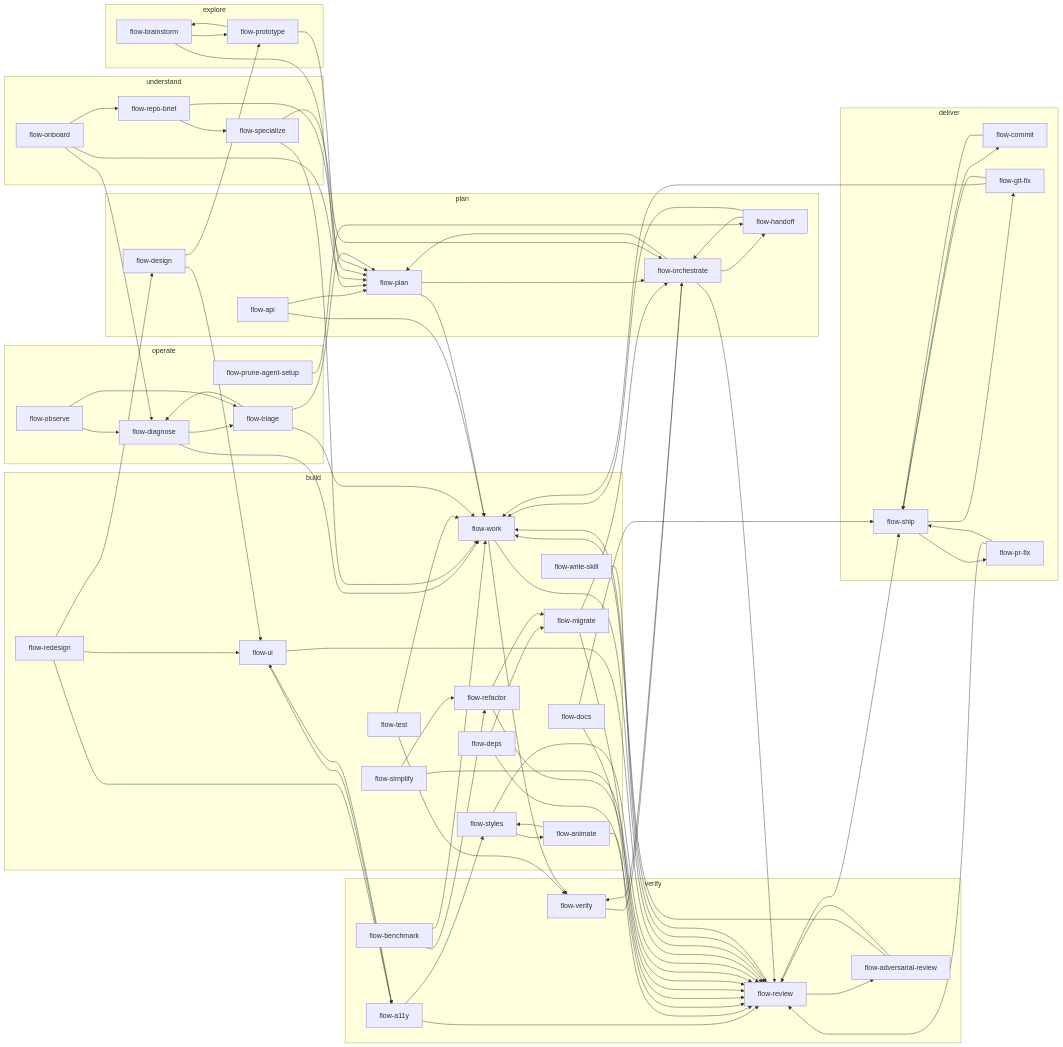
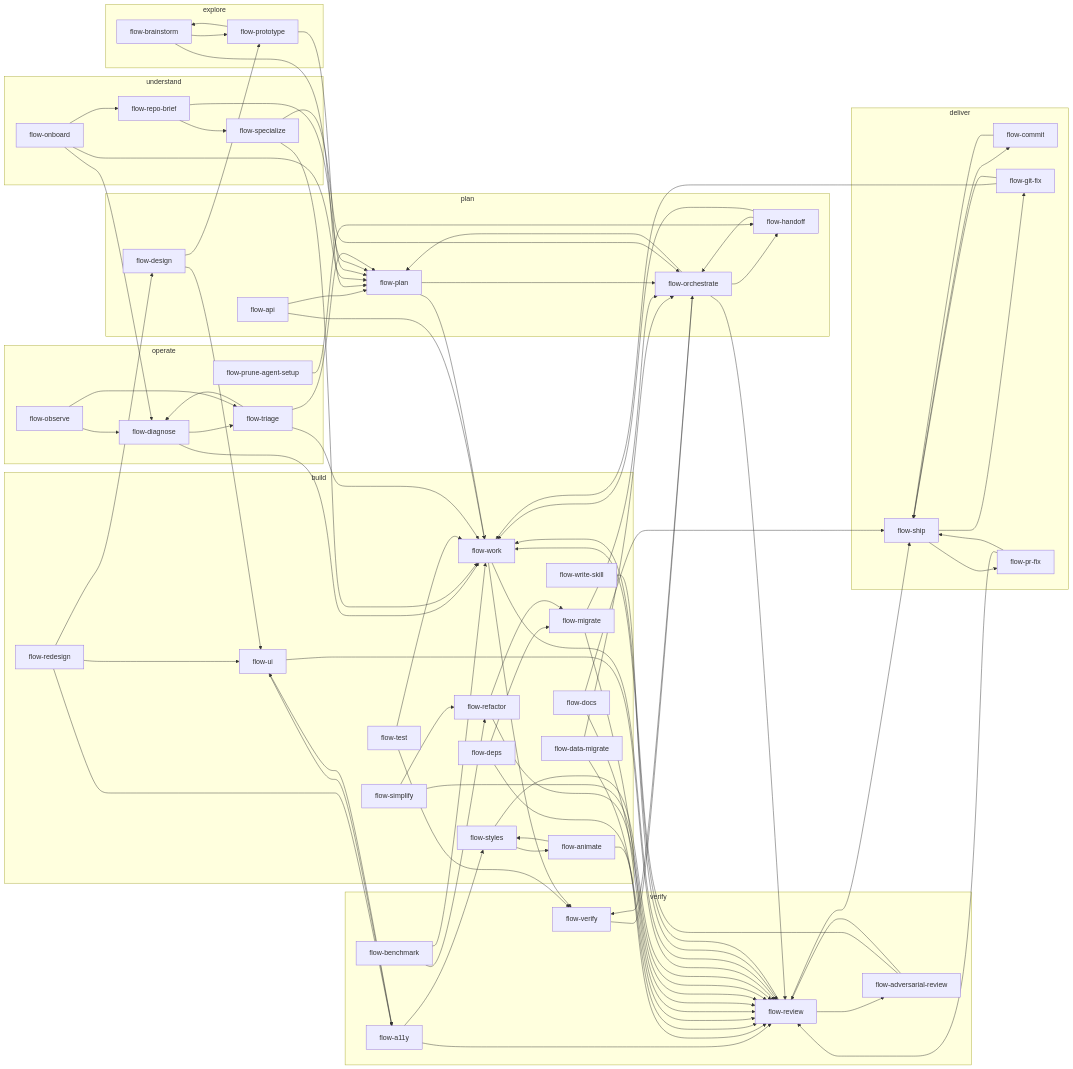
Before and after one commit to emiliodominguez/flow-skills: the second of 2 diagrams in docs/SKILL-MAP.md, drawn with Mermaid. The commit also changed other lines of this file and 13 other files, not shown here.

```diff
--- a/docs/SKILL-MAP.md
+++ b/docs/SKILL-MAP.md
@@ -64,6 +64,7 @@
   end
   subgraph stage_build["build"]
     flow_animate["flow-animate"]
+    flow_data_migrate["flow-data-migrate"]
     flow_deps["flow-deps"]
     flow_docs["flow-docs"]
     flow_migrate["flow-migrate"]
@@ -109,6 +110,8 @@
   flow_brainstorm --> flow_prototype
   flow_brainstorm --> flow_plan
   flow_commit --> flow_ship
+  flow_data_migrate --> flow_review
+  flow_data_migrate --> flow_orchestrate
   flow_deps --> flow_review
   flow_deps --> flow_migrate
   flow_design --> flow_ui
```
